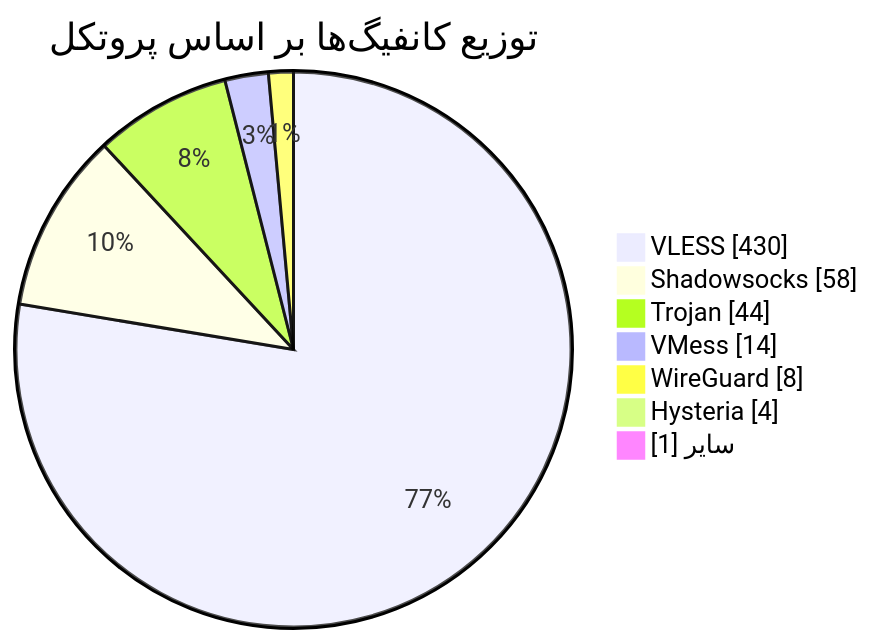
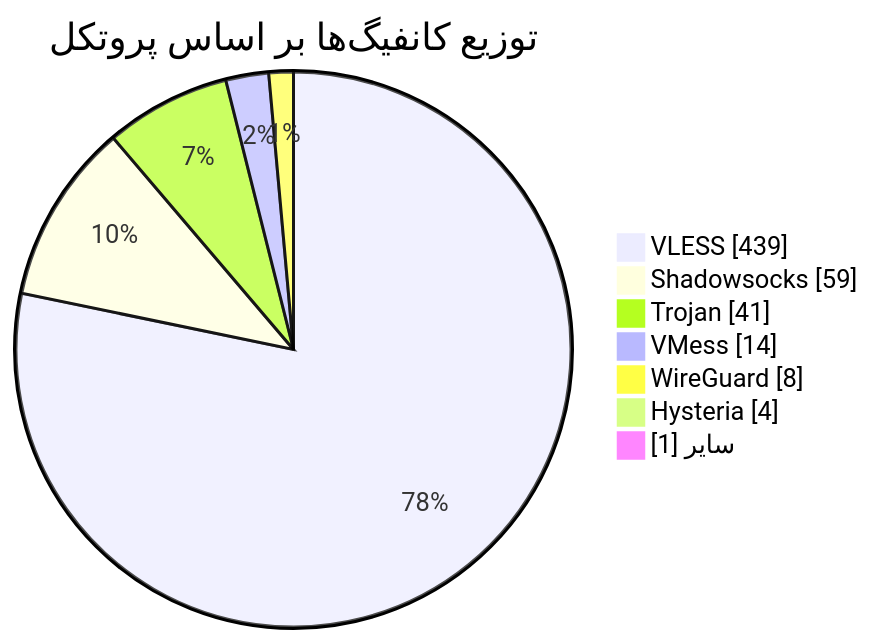
The diagram in README.md (Arian-Alijani/Somthing), drawn with Mermaid before and after one commit. The commit also changed other lines of this file and 15 other files, not shown here.

````diff
--- a/README.md
+++ b/README.md
@@ -49,11 +49,11 @@
 ```mermaid
 pie showData
     title توزیع کانفیگ‌ها بر اساس پروتکل
-    "VLESS" : 430
-    "Shadowsocks" : 58
-    "Trojan" : 44
+    "VLESS" : 439
+    "Shadowsocks" : 59
+    "Trojan" : 41
     "VMess" : 14
     "WireGuard" : 8
     "Hysteria" : 4
     "سایر" : 1
 ```
````
